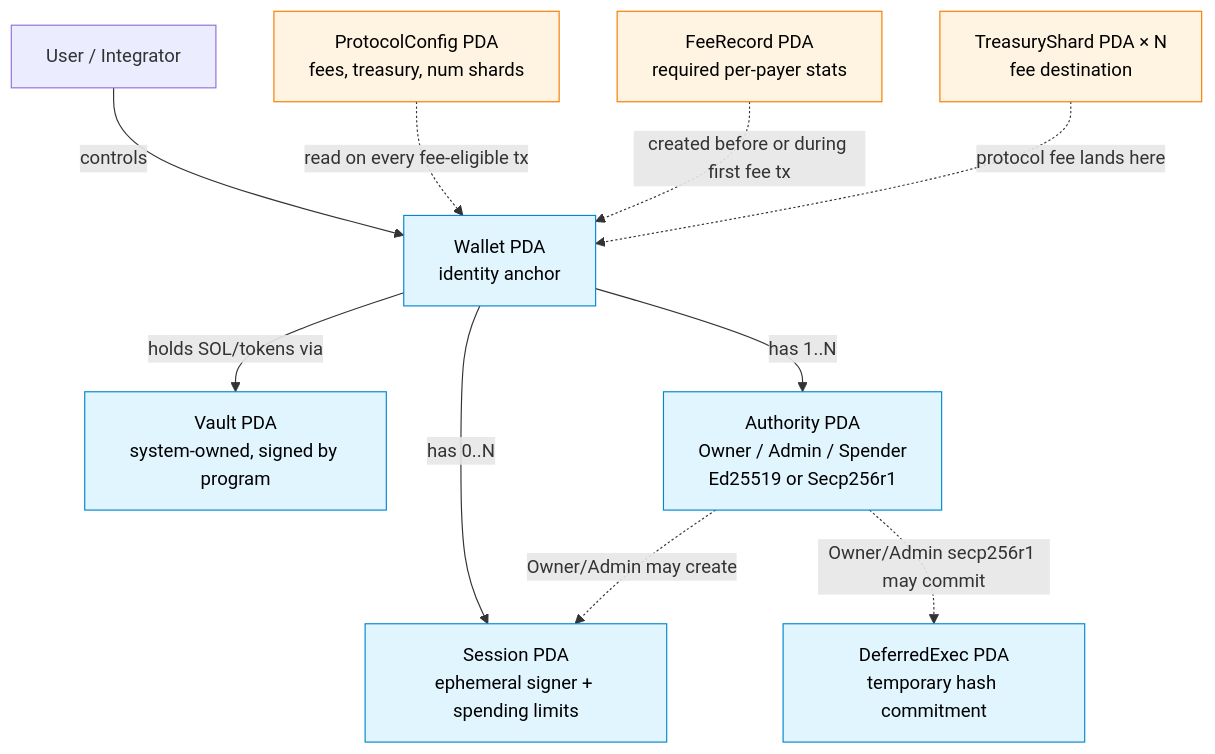
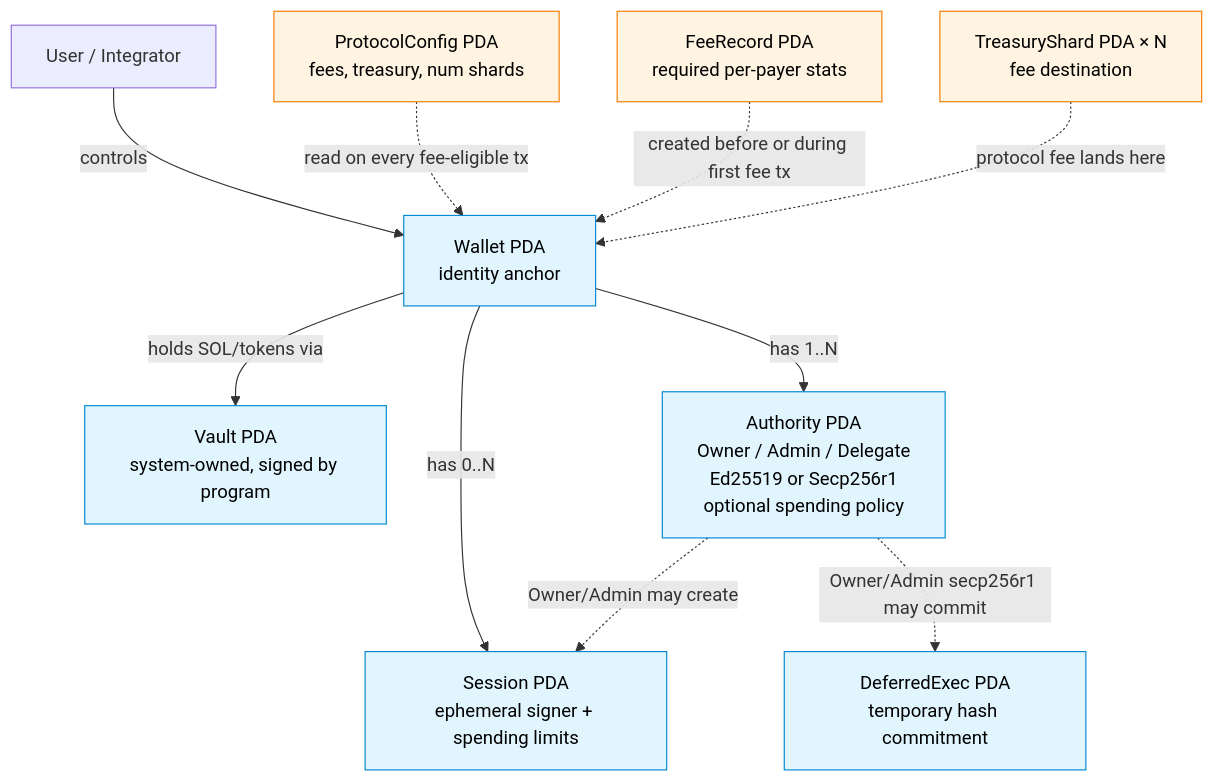
The first of 6 diagrams in docs/Architecture.md (lazor-kit/lazorkit-protocol), drawn with Mermaid before and after one commit. The commit also changed other lines of this file and 238 other files, not shown here.

````diff
--- a/docs/Architecture.md
+++ b/docs/Architecture.md
@@ -22,18 +23,18 @@
 ```mermaid
 graph TD
     User[User / Integrator] -->|controls| Wallet[Wallet PDA<br/>identity anchor]
     Wallet -->|holds SOL/tokens via| Vault[Vault PDA<br/>system-owned, signed by program]
-    Wallet -->|has 1..N| Auth[Authority PDA<br/>Owner / Admin / Spender<br/>Ed25519 or Secp256r1]
+    Wallet -->|has 1..N| Auth[Authority PDA<br/>Owner / Admin / Delegate<br/>Ed25519 or Secp256r1<br/>optional spending policy]
     Wallet -->|has 0..N| Session[Session PDA<br/>ephemeral signer + spending limits]
     Auth -.->|Owner/Admin may create| Session
     Auth -.->|Owner/Admin secp256r1 may commit| Deferred[DeferredExec PDA<br/>temporary hash commitment]
 
     Config[ProtocolConfig PDA<br/>fees, treasury, num shards] -.->|read on every fee-eligible tx| Wallet
     FeeRecord[FeeRecord PDA<br/>required per-payer stats] -.->|created before or during first fee tx| Wallet
     Treasury[TreasuryShard PDA × N<br/>fee destination] -.->|protocol fee lands here| Wallet
 
     classDef pda fill:#e1f5ff,stroke:#0288d1,color:#000
     classDef proto fill:#fff4e1,stroke:#f57c00,color:#000
     class Wallet,Vault,Auth,Session,Deferred pda
     class Config,FeeRecord,Treasury proto
 ```
````
